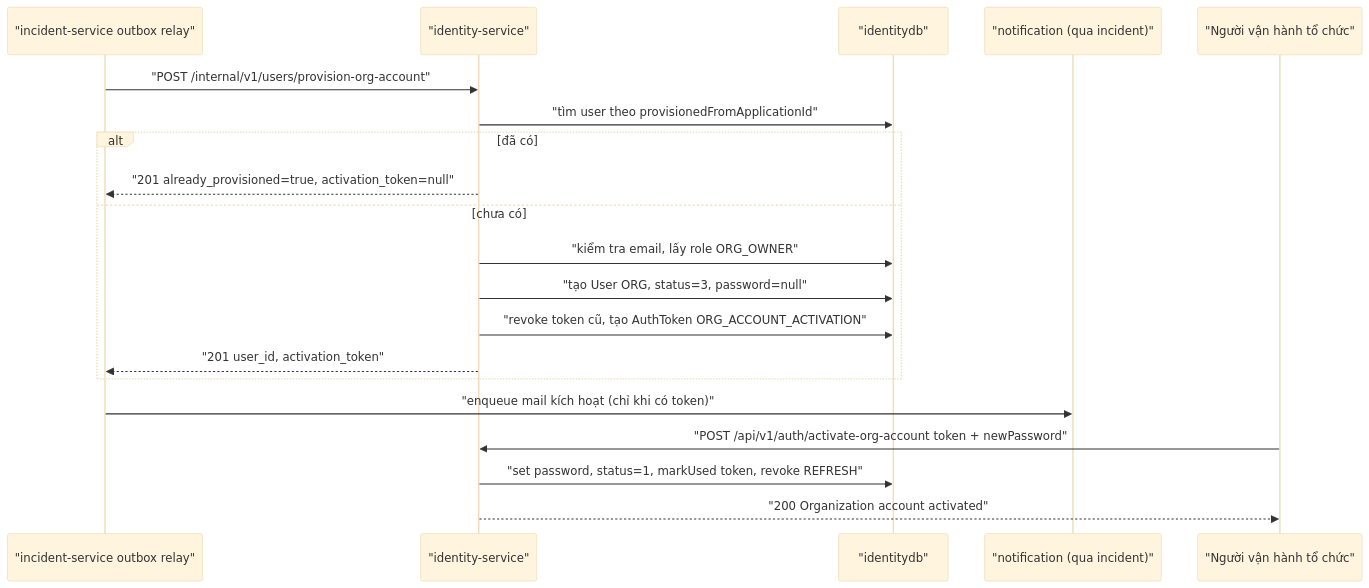
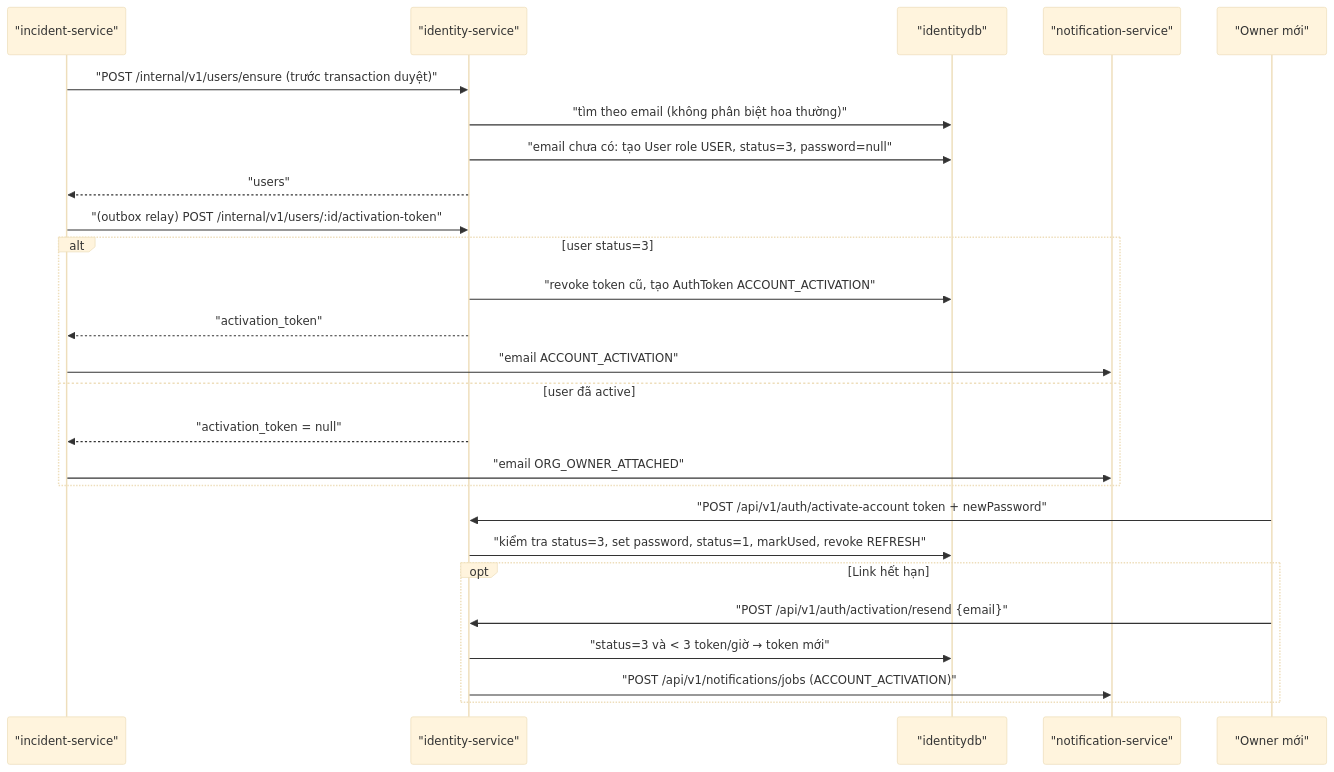
Before and after one commit to DOAN2-UQT-KN/ecolink-docs: the second of 3 diagrams in services/identity-service.md, drawn with Mermaid (base theme). The commit also changed other lines of this file and 10 other files, not shown here.

Commit message:
docs: multi-owner organization registration flow

````diff
--- a/services/identity-service.md
+++ b/services/identity-service.md
@@ -175,22 +177,28 @@
 ```mermaid
 sequenceDiagram
-    participant Relay as "incident-service outbox relay"
+    participant INC as "incident-service"
     participant IS as "identity-service"
     participant DB as "identitydb"
-    participant NS as "notification (qua incident)"
-    participant Org as "Người vận hành tổ chức"
-    Relay->>IS: "POST /internal/v1/users/provision-org-account"
-    IS->>DB: "tìm user theo provisionedFromApplicationId"
-    alt đã có
-        IS-->>Relay: "201 already_provisioned=true, activation_token=null"
-    else chưa có
-        IS->>DB: "kiểm tra email, lấy role ORG_OWNER"
-        IS->>DB: "tạo User ORG, status=3, password=null"
-        IS->>DB: "revoke token cũ, tạo AuthToken ORG_ACCOUNT_ACTIVATION"
-        IS-->>Relay: "201 user_id, activation_token"
+    participant NS as "notification-service"
+    participant U as "Owner mới"
+    INC->>IS: "POST /internal/v1/users/ensure (trước transaction duyệt)"
+    IS->>DB: "tìm theo email (không phân biệt hoa thường)"
+    IS->>DB: "email chưa có: tạo User role USER, status=3, password=null"
+    IS-->>INC: "users"
+    INC->>IS: "(outbox relay) POST /internal/v1/users/:id/activation-token"
+    alt user status=3
+        IS->>DB: "revoke token cũ, tạo AuthToken ACCOUNT_ACTIVATION"
+        IS-->>INC: "activation_token"
+        INC->>NS: "email ACCOUNT_ACTIVATION"
+    else user đã active
+        IS-->>INC: "activation_token = null"
+        INC->>NS: "email ORG_OWNER_ATTACHED"
     end
-    Relay->>NS: "enqueue mail kích hoạt (chỉ khi có token)"
-    Org->>IS: "POST /api/v1/auth/activate-org-account token + newPassword"
-    IS->>DB: "set password, status=1, markUsed token, revoke REFRESH"
-    IS-->>Org: "200 Organization account activated"
+    U->>IS: "POST /api/v1/auth/activate-account token + newPassword"
+    IS->>DB: "kiểm tra status=3, set password, status=1, markUsed, revoke REFRESH"
+    opt Link hết hạn
+        U->>IS: "POST /api/v1/auth/activation/resend {email}"
+        IS->>DB: "status=3 và < 3 token/giờ → token mới"
+        IS->>NS: "POST /api/v1/notifications/jobs (ACCOUNT_ACTIVATION)"
+    end
 ```
````
